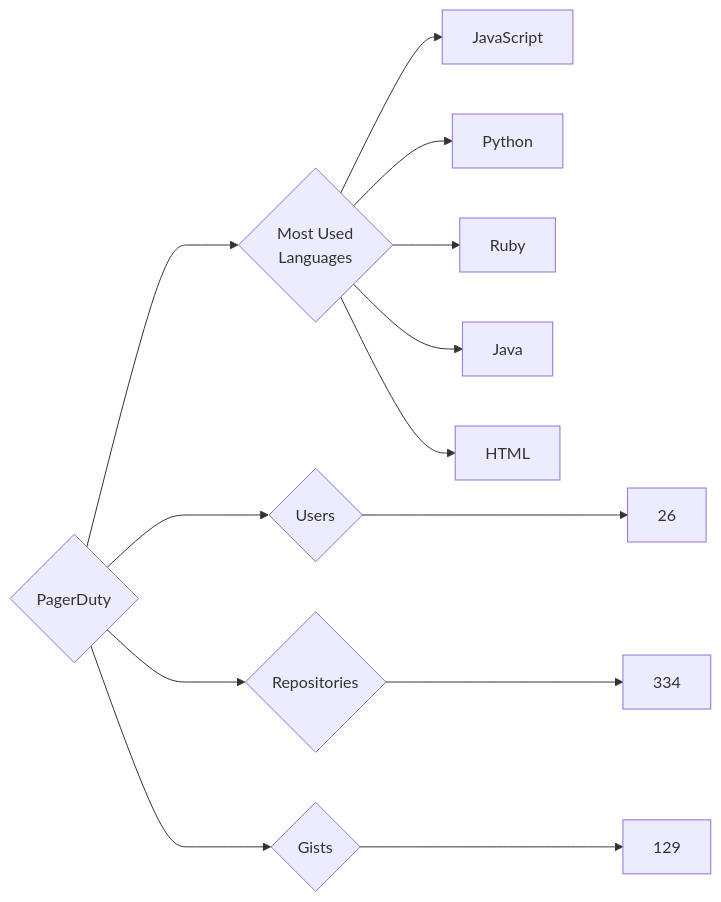
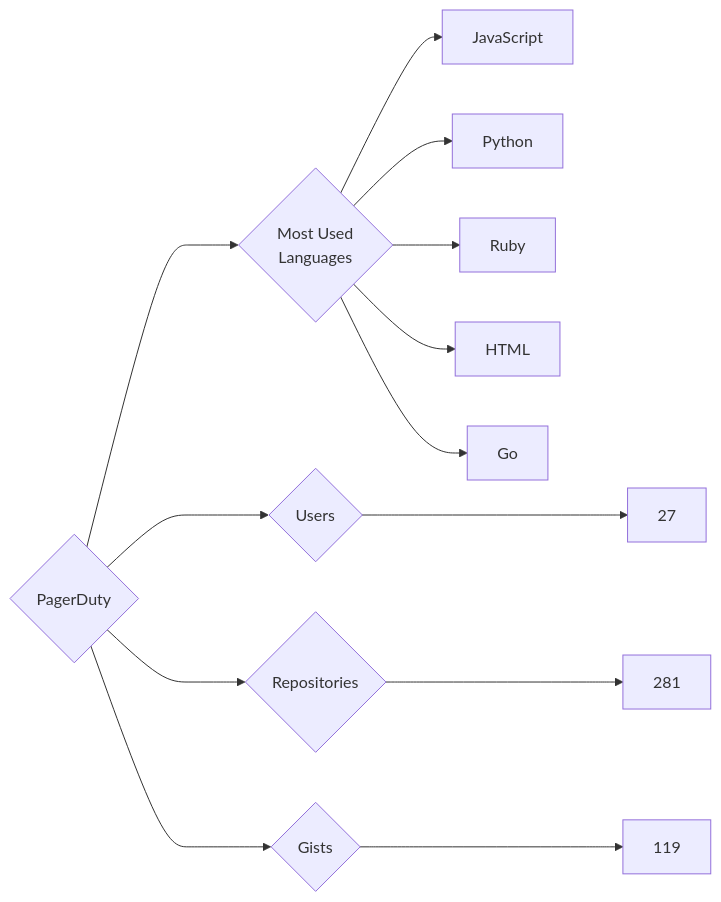
The diagram in targets/PagerDuty/README.md (trickest/insiders), drawn with Mermaid before and after one commit. The commit also changed 928 other files, not shown here.

````diff
--- a/targets/PagerDuty/README.md
+++ b/targets/PagerDuty/README.md
@@ -3,13 +3,13 @@
 ```mermaid
 graph LR
 COMPANY_NAME{PagerDuty}
-COMPANY_NAME ---> U{Users} ---> UN[26]
-COMPANY_NAME ---> R{Repositories} ---> RN[334]
-COMPANY_NAME ---> G{Gists} ---> GN[129]
+COMPANY_NAME ---> U{Users} ---> UN[27]
+COMPANY_NAME ---> R{Repositories} ---> RN[281]
+COMPANY_NAME ---> G{Gists} ---> GN[119]
 COMPANY_NAME ---> ML{Most Used<br>Languages}
 ML --> JavaScript[JavaScript]
 ML --> Python[Python]
 ML --> Ruby[Ruby]
-ML --> Java[Java]
 ML --> HTML[HTML]
+ML --> Go[Go]
 ```
````
